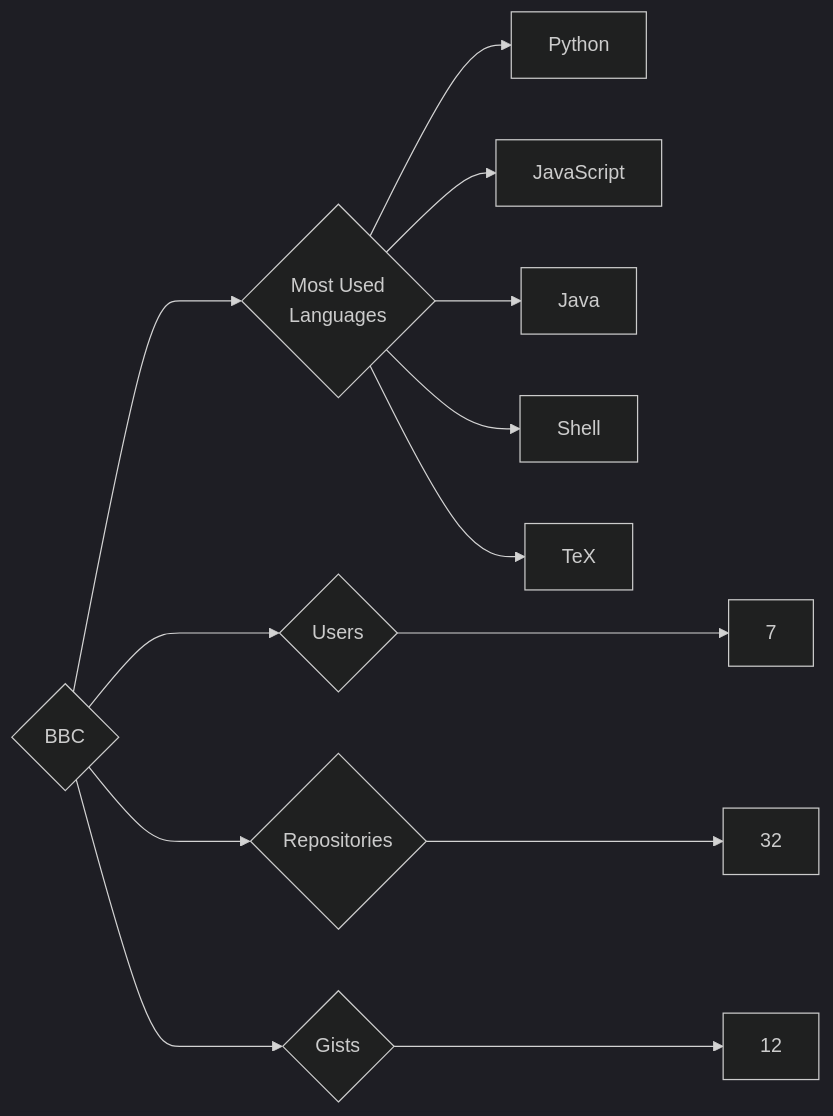
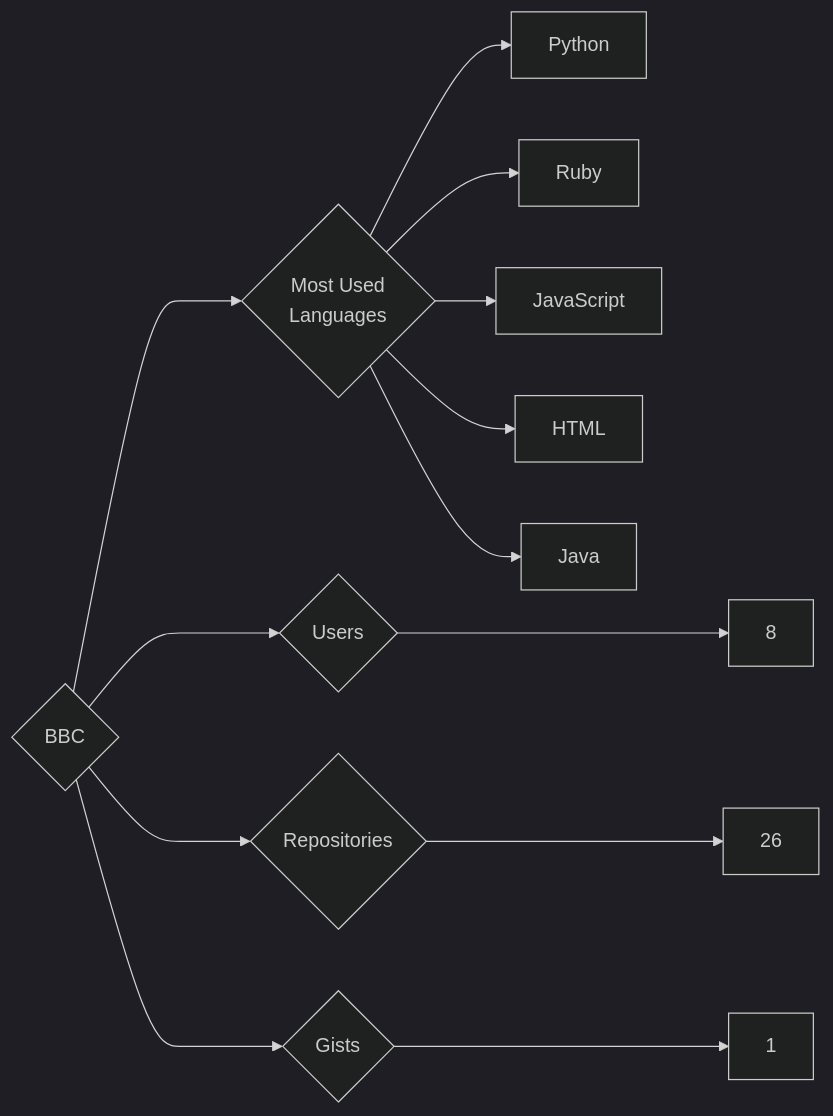
The diagram in targets/BBC/README.md (trickest/insiders), drawn with Mermaid (dark theme) before and after one commit. The commit also changed 840 other files, not shown here.

````diff
--- a/targets/BBC/README.md
+++ b/targets/BBC/README.md
@@ -3,13 +3,13 @@
 ```mermaid
 graph LR
 COMPANY_NAME{BBC}
-COMPANY_NAME ---> U{Users} ---> UN[7]
-COMPANY_NAME ---> R{Repositories} ---> RN[32]
-COMPANY_NAME ---> G{Gists} ---> GN[12]
+COMPANY_NAME ---> U{Users} ---> UN[8]
+COMPANY_NAME ---> R{Repositories} ---> RN[26]
+COMPANY_NAME ---> G{Gists} ---> GN[1]
 COMPANY_NAME ---> ML{Most Used<br>Languages}
 ML --> Python[Python]
+ML --> Ruby[Ruby]
 ML --> JavaScript[JavaScript]
+ML --> HTML[HTML]
 ML --> Java[Java]
-ML --> Shell[Shell]
-ML --> TeX[TeX]
 ```
````
